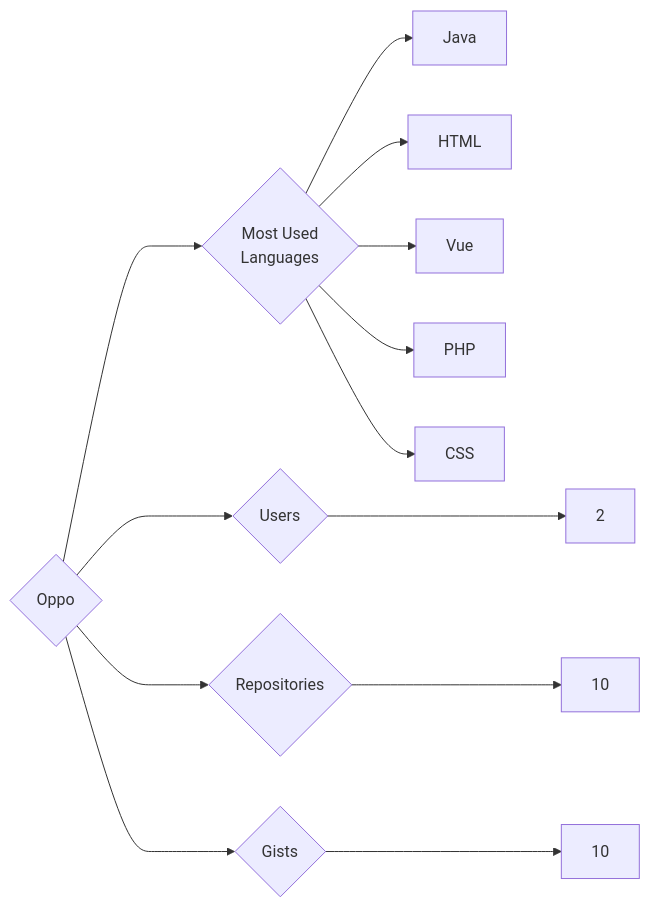
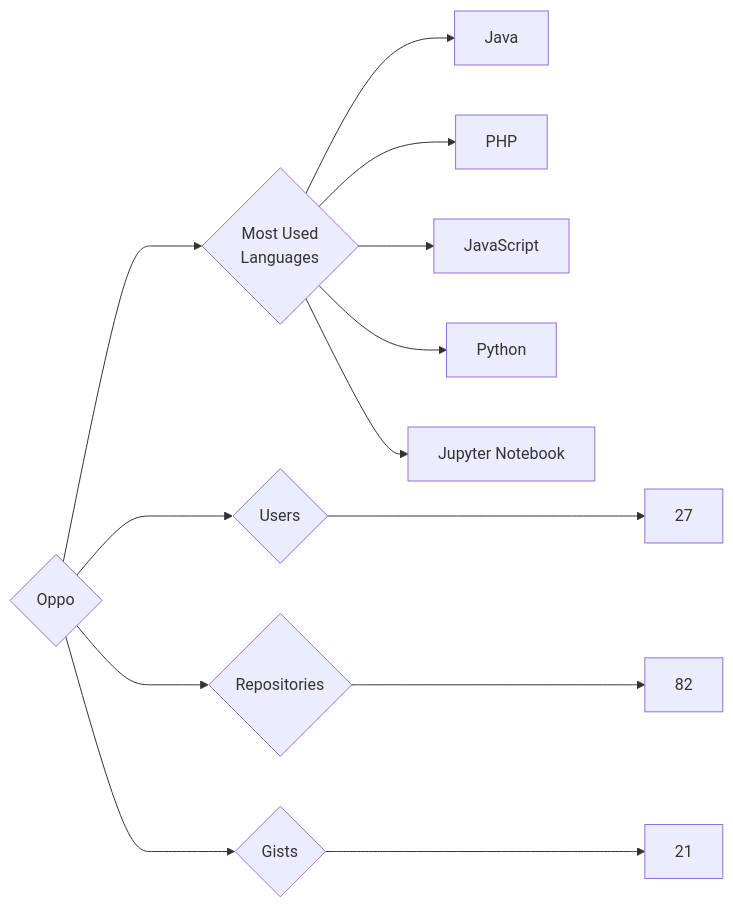
One commit to trickest/insiders changed the diagram in targets/Oppo/README.md. Above: the diagram before and after it, drawn with Mermaid. The commit also changed 814 other files, not shown here.

````diff
--- a/targets/Oppo/README.md
+++ b/targets/Oppo/README.md
@@ -3,13 +3,13 @@
 ```mermaid
 graph LR
 COMPANY_NAME{Oppo}
-COMPANY_NAME ---> U{Users} ---> UN[2]
-COMPANY_NAME ---> R{Repositories} ---> RN[10]
-COMPANY_NAME ---> G{Gists} ---> GN[10]
+COMPANY_NAME ---> U{Users} ---> UN[27]
+COMPANY_NAME ---> R{Repositories} ---> RN[82]
+COMPANY_NAME ---> G{Gists} ---> GN[21]
 COMPANY_NAME ---> ML{Most Used<br>Languages}
 ML --> Java[Java]
-ML --> HTML[HTML]
-ML --> Vue[Vue]
 ML --> PHP[PHP]
-ML --> CSS[CSS]
+ML --> JavaScript[JavaScript]
+ML --> Python[Python]
+ML --> Jupyter_Notebook[Jupyter Notebook]
 ```
````
